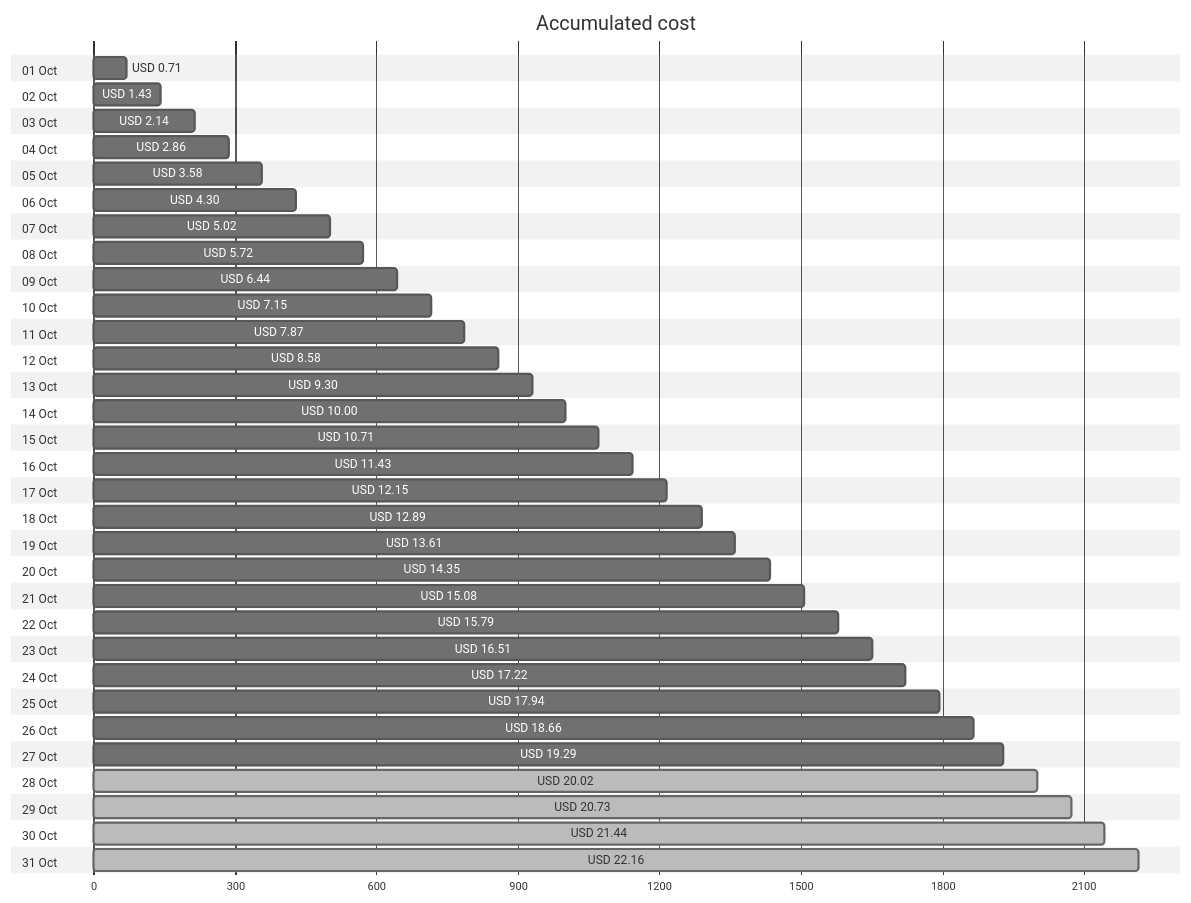
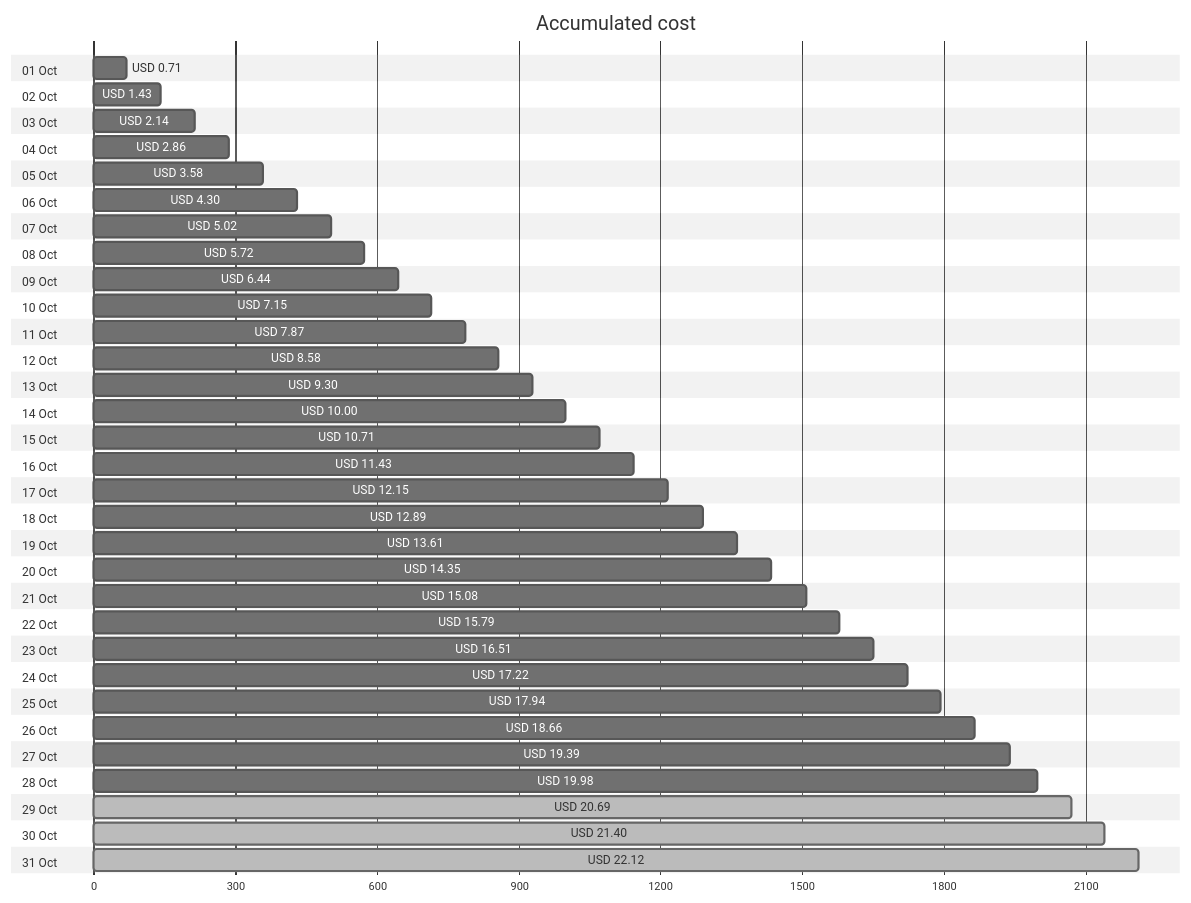
One commit to jpfulton/azure-personal-reports changed the first of 4 diagrams in cost-reports/personal-network/backup-server-data-disk.md. Above: the diagram before and after it, drawn with Mermaid (neutral theme). The commit also changed other lines of this file and 8 other files, not shown here.

````diff
--- a/cost-reports/personal-network/backup-server-data-disk.md
+++ b/cost-reports/personal-network/backup-server-data-disk.md
@@ -20,68 +20,68 @@
 ```mermaid
 gantt
    title Accumulated cost
    dateFormat  X
    axisFormat %s
    section 01 Oct
    USD 0.71 :0, 71
    section 02 Oct
    USD 1.43 :0, 143
    section 03 Oct
    USD 2.14 :0, 214
    section 04 Oct
    USD 2.86 :0, 286
    section 05 Oct
    USD 3.58 :0, 358
    section 06 Oct
    USD 4.30 :0, 430
    section 07 Oct
    USD 5.02 :0, 502
    section 08 Oct
    USD 5.72 :0, 572
    section 09 Oct
    USD 6.44 :0, 644
    section 10 Oct
    USD 7.15 :0, 715
    section 11 Oct
    USD 7.87 :0, 787
    section 12 Oct
    USD 8.58 :0, 858
    section 13 Oct
    USD 9.30 :0, 930
    section 14 Oct
    USD 10.00 :0, 1000
    section 15 Oct
    USD 10.71 :0, 1071
    section 16 Oct
    USD 11.43 :0, 1143
    section 17 Oct
    USD 12.15 :0, 1215
    section 18 Oct
    USD 12.89 :0, 1289
    section 19 Oct
    USD 13.61 :0, 1361
    section 20 Oct
    USD 14.35 :0, 1435
    section 21 Oct
    USD 15.08 :0, 1508
    section 22 Oct
    USD 15.79 :0, 1579
    section 23 Oct
    USD 16.51 :0, 1651
    section 24 Oct
    USD 17.22 :0, 1722
    section 25 Oct
    USD 17.94 :0, 1794
    section 26 Oct
    USD 18.66 :0, 1866
    section 27 Oct
-   USD 19.29 :0, 1929
+   USD 19.39 :0, 1939
    section 28 Oct
-   USD 20.02 : done, 0, 2002
+   USD 19.98 :0, 1998
    section 29 Oct
-   USD 20.73 : done, 0, 2073
+   USD 20.69 : done, 0, 2069
    section 30 Oct
-   USD 21.44 : done, 0, 2144
+   USD 21.40 : done, 0, 2140
    section 31 Oct
-   USD 22.16 : done, 0, 2216
+   USD 22.12 : done, 0, 2212
 ```
````
